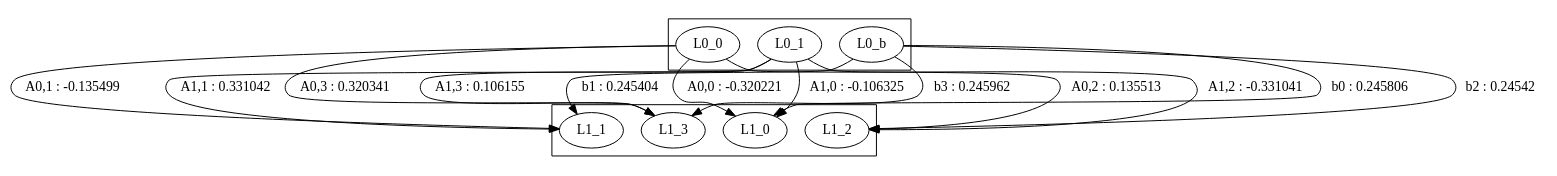
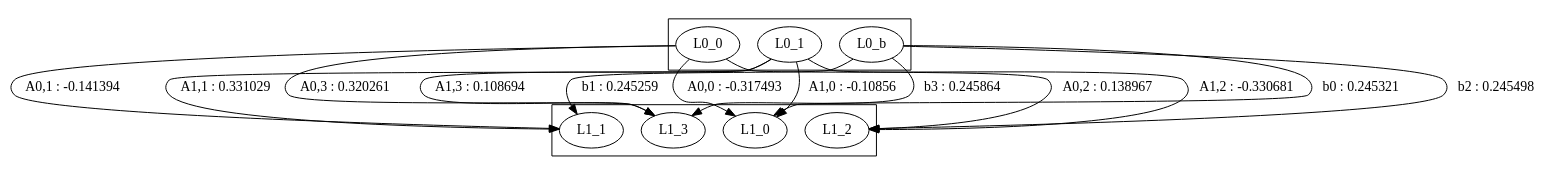
Before and after one commit to alex6792/ImageProcessingLib: the diagram in test.dot, drawn with Graphviz. The commit also changed 34 other files, not shown here.

```diff
--- a/test.dot
+++ b/test.dot
@@ -1,25 +1,25 @@
 digraph G {
 	subgraph cluster_0 {
 		L0_0;
 		L0_1;
 		L0_b;
 	}
 	subgraph cluster_1 {
 		L1_0;
 		L1_1;
 		L1_2;
 		L1_3;
 	}
-	L0_0->L1_0 [label = "A0,0 : -0.320221" ];
-	L0_1->L1_0 [label = "A1,0 : -0.106325" ];
-	L0_b->L1_0 [label = "b0 : 0.245806" ];
-	L0_0->L1_1 [label = "A0,1 : -0.135499" ];
-	L0_1->L1_1 [label = "A1,1 : 0.331042" ];
-	L0_b->L1_1 [label = "b1 : 0.245404" ];
-	L0_0->L1_2 [label = "A0,2 : 0.135513" ];
-	L0_1->L1_2 [label = "A1,2 : -0.331041" ];
-	L0_b->L1_2 [label = "b2 : 0.24542" ];
-	L0_0->L1_3 [label = "A0,3 : 0.320341" ];
-	L0_1->L1_3 [label = "A1,3 : 0.106155" ];
-	L0_b->L1_3 [label = "b3 : 0.245962" ];
+	L0_0->L1_0 [label = "A0,0 : -0.317493" ];
+	L0_1->L1_0 [label = "A1,0 : -0.10856" ];
+	L0_b->L1_0 [label = "b0 : 0.245321" ];
+	L0_0->L1_1 [label = "A0,1 : -0.141394" ];
+	L0_1->L1_1 [label = "A1,1 : 0.331029" ];
+	L0_b->L1_1 [label = "b1 : 0.245259" ];
+	L0_0->L1_2 [label = "A0,2 : 0.138967" ];
+	L0_1->L1_2 [label = "A1,2 : -0.330681" ];
+	L0_b->L1_2 [label = "b2 : 0.245498" ];
+	L0_0->L1_3 [label = "A0,3 : 0.320261" ];
+	L0_1->L1_3 [label = "A1,3 : 0.108694" ];
+	L0_b->L1_3 [label = "b3 : 0.245864" ];
 }
```
